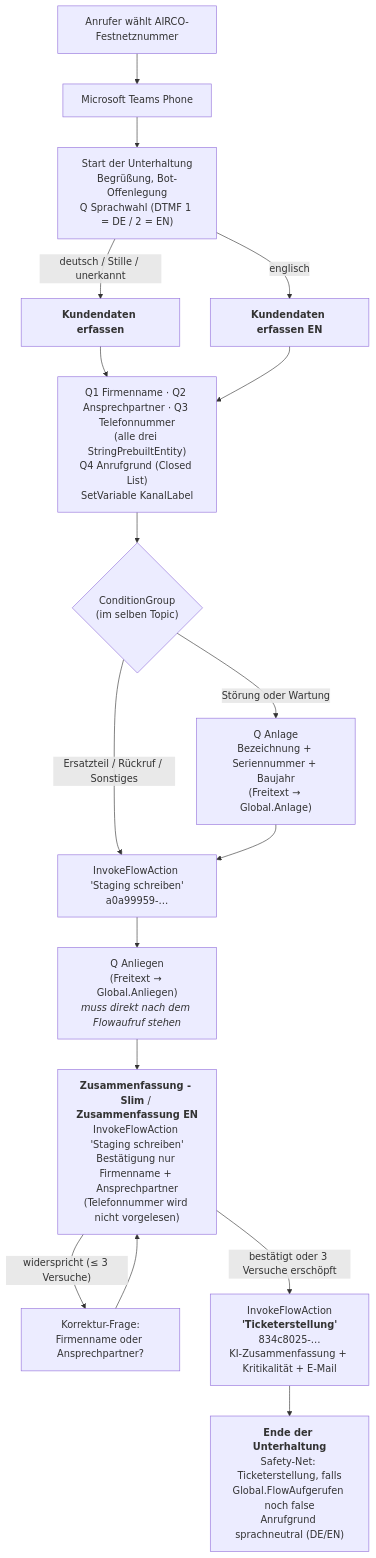
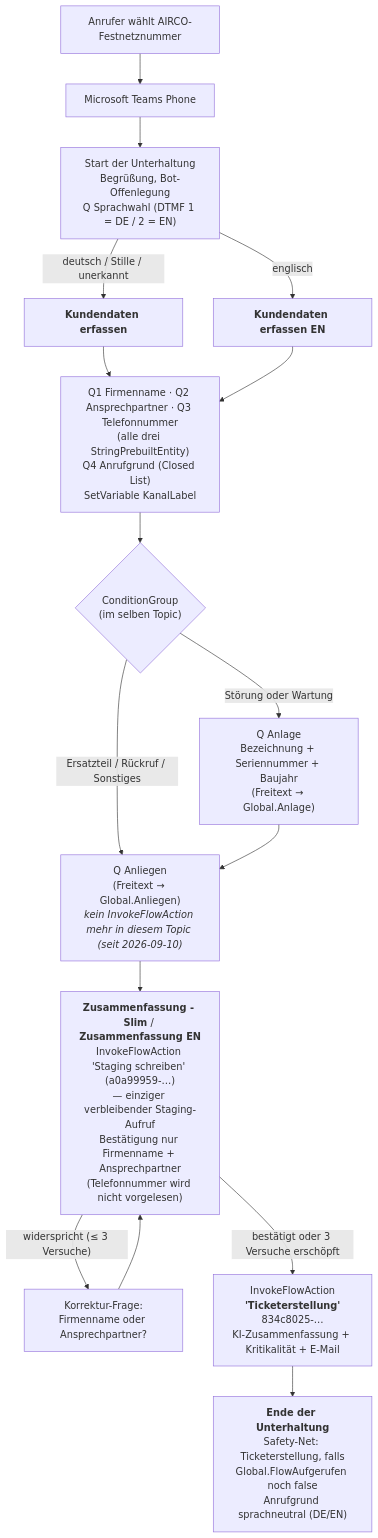
The first of 5 diagrams in Architektur.md (mdouk/AIRCO_Telefonbot), drawn with Mermaid before and after one commit. The commit also changed other lines of this file and 5 other files, not shown here.

````diff
--- a/Architektur.md
+++ b/Architektur.md
@@ -229,24 +244,23 @@
 ```mermaid
 flowchart TD
     Anruf["Anrufer wählt AIRCO-Festnetznummer"] --> Teams["Microsoft Teams Phone"]
     Teams --> Start["Start der Unterhaltung<br/>Begrüßung, Bot-Offenlegung<br/>Q Sprachwahl (DTMF 1 = DE / 2 = EN)"]
     Start -->|"englisch"| KundeEN["<b>Kundendaten erfassen EN</b>"]
     Start -->|"deutsch / Stille / unerkannt"| Kunde["<b>Kundendaten erfassen</b>"]
 
     Kunde --> Block["Q1 Firmenname · Q2 Ansprechpartner · Q3 Telefonnummer<br/>(alle drei StringPrebuiltEntity)<br/>Q4 Anrufgrund (Closed List)<br/>SetVariable KanalLabel"]
     KundeEN --> Block
 
     Block --> Grund{"ConditionGroup<br/>(im selben Topic)"}
     Grund -->|"Störung oder Wartung"| Anlage["Q Anlage<br/>Bezeichnung + Seriennummer + Baujahr<br/>(Freitext → Global.Anlage)"]
-    Grund -->|"Ersatzteil / Rückruf / Sonstiges"| Staging
-    Anlage --> Staging["InvokeFlowAction 'Staging schreiben'<br/>a0a99959-…"]
-    Staging --> Anliegen["Q Anliegen<br/>(Freitext → Global.Anliegen)<br/><i>muss direkt nach dem Flowaufruf stehen</i>"]
+    Grund -->|"Ersatzteil / Rückruf / Sonstiges"| Anliegen
+    Anlage --> Anliegen["Q Anliegen<br/>(Freitext → Global.Anliegen)<br/><i>kein InvokeFlowAction mehr in diesem Topic (seit 2026-09-10)</i>"]
 
-    Anliegen --> Summe["<b>Zusammenfassung - Slim</b> / <b>Zusammenfassung EN</b><br/>InvokeFlowAction 'Staging schreiben'<br/>Bestätigung nur Firmenname + Ansprechpartner<br/>(Telefonnummer wird nicht vorgelesen)"]
+    Anliegen --> Summe["<b>Zusammenfassung - Slim</b> / <b>Zusammenfassung EN</b><br/>InvokeFlowAction 'Staging schreiben' (a0a99959-…)<br/>— einziger verbleibender Staging-Aufruf<br/>Bestätigung nur Firmenname + Ansprechpartner<br/>(Telefonnummer wird nicht vorgelesen)"]
 
     Summe -->|"widerspricht (≤ 3 Versuche)"| Korrektur["Korrektur-Frage:<br/>Firmenname oder Ansprechpartner?"]
     Korrektur --> Summe
     Summe -->|"bestätigt oder 3 Versuche erschöpft"| Ticket["InvokeFlowAction<br/><b>'Ticketerstellung'</b><br/>834c8025-…<br/>KI-Zusammenfassung + Kritikalität + E-Mail"]
 
     Ticket --> Ende["<b>Ende der Unterhaltung</b><br/>Safety-Net: Ticketerstellung, falls<br/>Global.FlowAufgerufen noch false<br/>Anrufgrund sprachneutral (DE/EN)"]
 ```
````
